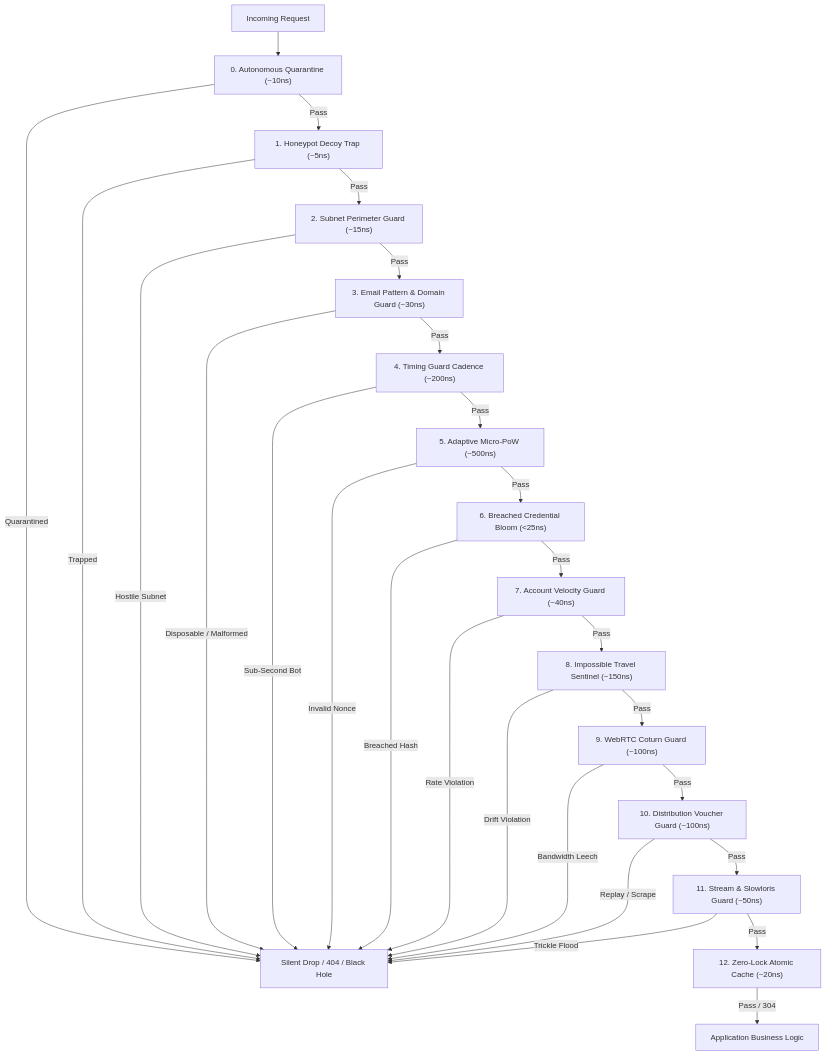
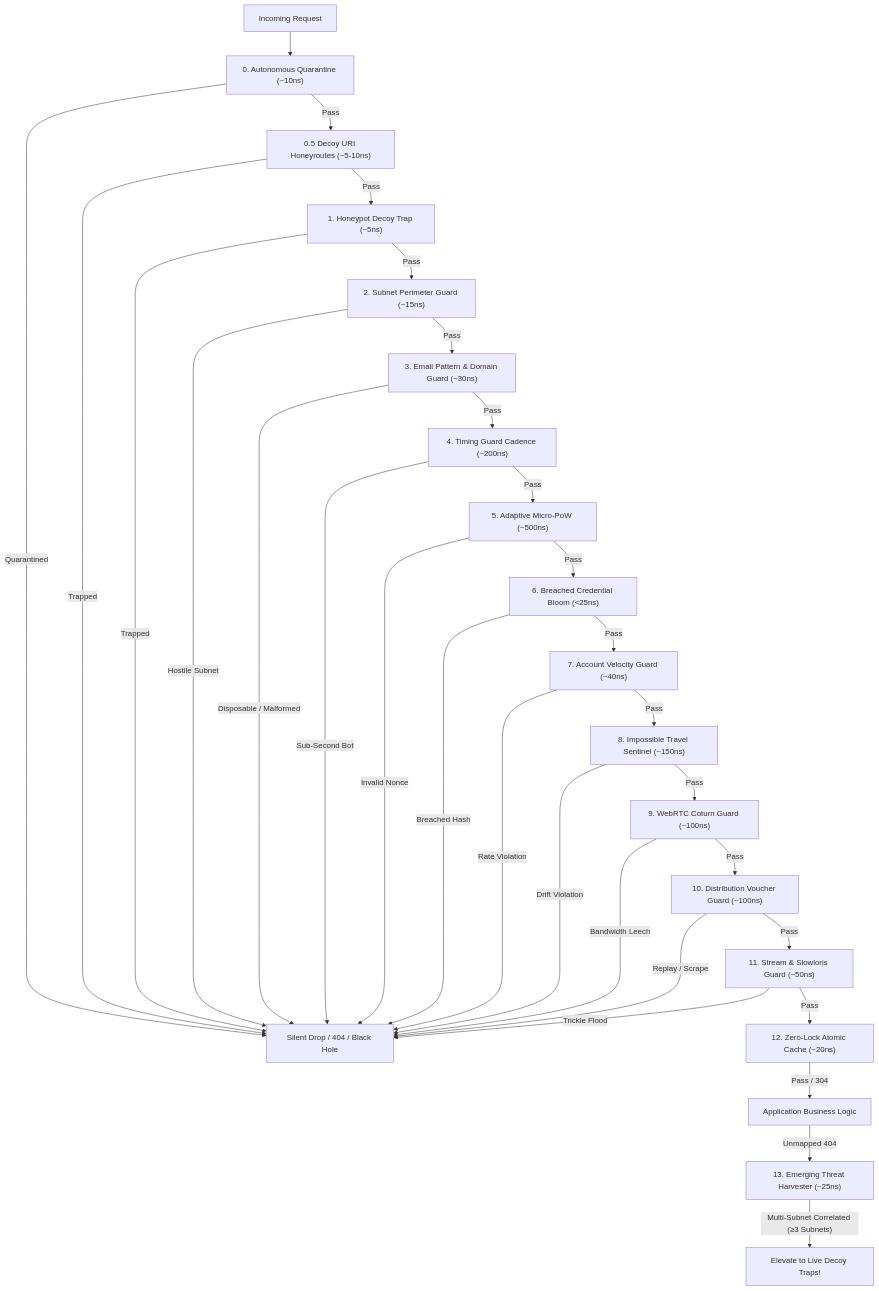
One commit to xuoxod/phylax changed the diagram in docs/01_ARCHITECTURE_AND_COST_HIERARCHY.md. Above: the diagram before and after it, drawn with Mermaid. The commit also changed other lines of this file and 7 other files, not shown here.

First line of the commit message:
feat(defense): implement Layer 13 Autonomous Threat Harvester with multi-subnet correlation and CVE ingestion

````diff
--- a/docs/01_ARCHITECTURE_AND_COST_HIERARCHY.md
+++ b/docs/01_ARCHITECTURE_AND_COST_HIERARCHY.md
@@ -27,29 +27,33 @@
 ```mermaid
 flowchart TD
     REQ["Incoming Request"] --> L0["0. Autonomous Quarantine (~10ns)"]
     L0 -- Quarantined --> STOP["Silent Drop / 404 / Black Hole"]
-    L0 -- Pass --> L1["1. Honeypot Decoy Trap (~5ns)"]
+    L0 -- Pass --> L05["0.5 Decoy URI Honeyroutes (~5-10ns)"]
+    L05 -- Trapped --> STOP
+    L05 -- Pass --> L1["1. Honeypot Decoy Trap (~5ns)"]
     L1 -- Trapped --> STOP
     L1 -- Pass --> L2["2. Subnet Perimeter Guard (~15ns)"]
     L2 -- Hostile Subnet --> STOP
     L2 -- Pass --> L3["3. Email Pattern & Domain Guard (~30ns)"]
     L3 -- Disposable / Malformed --> STOP
     L3 -- Pass --> L4["4. Timing Guard Cadence (~200ns)"]
     L4 -- Sub-Second Bot --> STOP
     L4 -- Pass --> L5["5. Adaptive Micro-PoW (~500ns)"]
     L5 -- Invalid Nonce --> STOP
     L5 -- Pass --> L6["6. Breached Credential Bloom (<25ns)"]
     L6 -- Breached Hash --> STOP
     L6 -- Pass --> L7["7. Account Velocity Guard (~40ns)"]
     L7 -- Rate Violation --> STOP
     L7 -- Pass --> L8["8. Impossible Travel Sentinel (~150ns)"]
     L8 -- Drift Violation --> STOP
     L8 -- Pass --> L9["9. WebRTC Coturn Guard (~100ns)"]
     L9 -- Bandwidth Leech --> STOP
     L9 -- Pass --> L10["10. Distribution Voucher Guard (~100ns)"]
     L10 -- Replay / Scrape --> STOP
     L10 -- Pass --> L11["11. Stream & Slowloris Guard (~50ns)"]
     L11 -- Trickle Flood --> STOP
     L11 -- Pass --> L12["12. Zero-Lock Atomic Cache (~20ns)"]
     L12 -- Pass / 304 --> APP["Application Business Logic"]
+    APP -- Unmapped 404 --> L13["13. Emerging Threat Harvester (~25ns)"]
+    L13 -- Multi-Subnet Correlated (≥3 Subnets) --> ELEVATE["Elevate to Live Decoy Traps!"]
 ```
````
